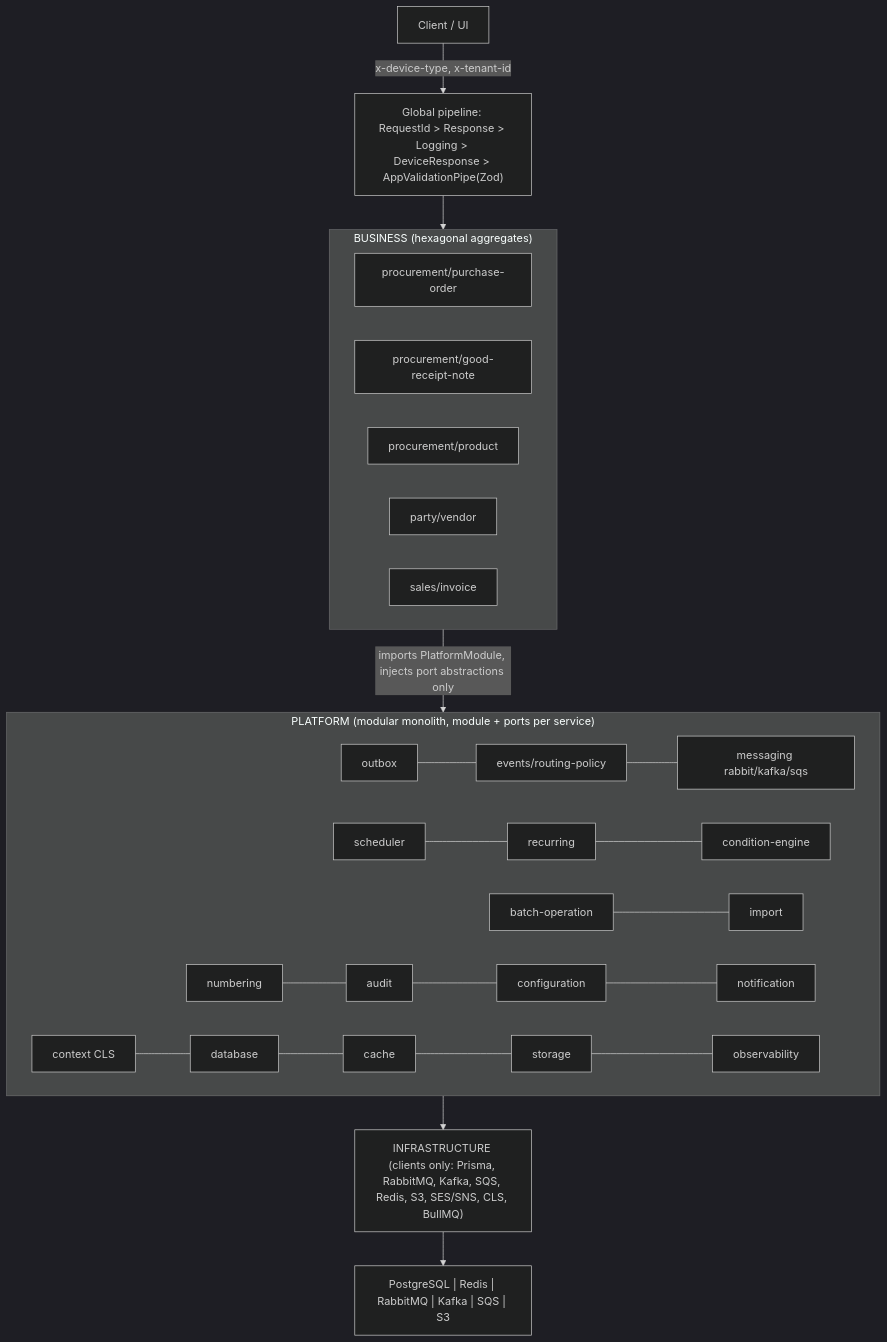
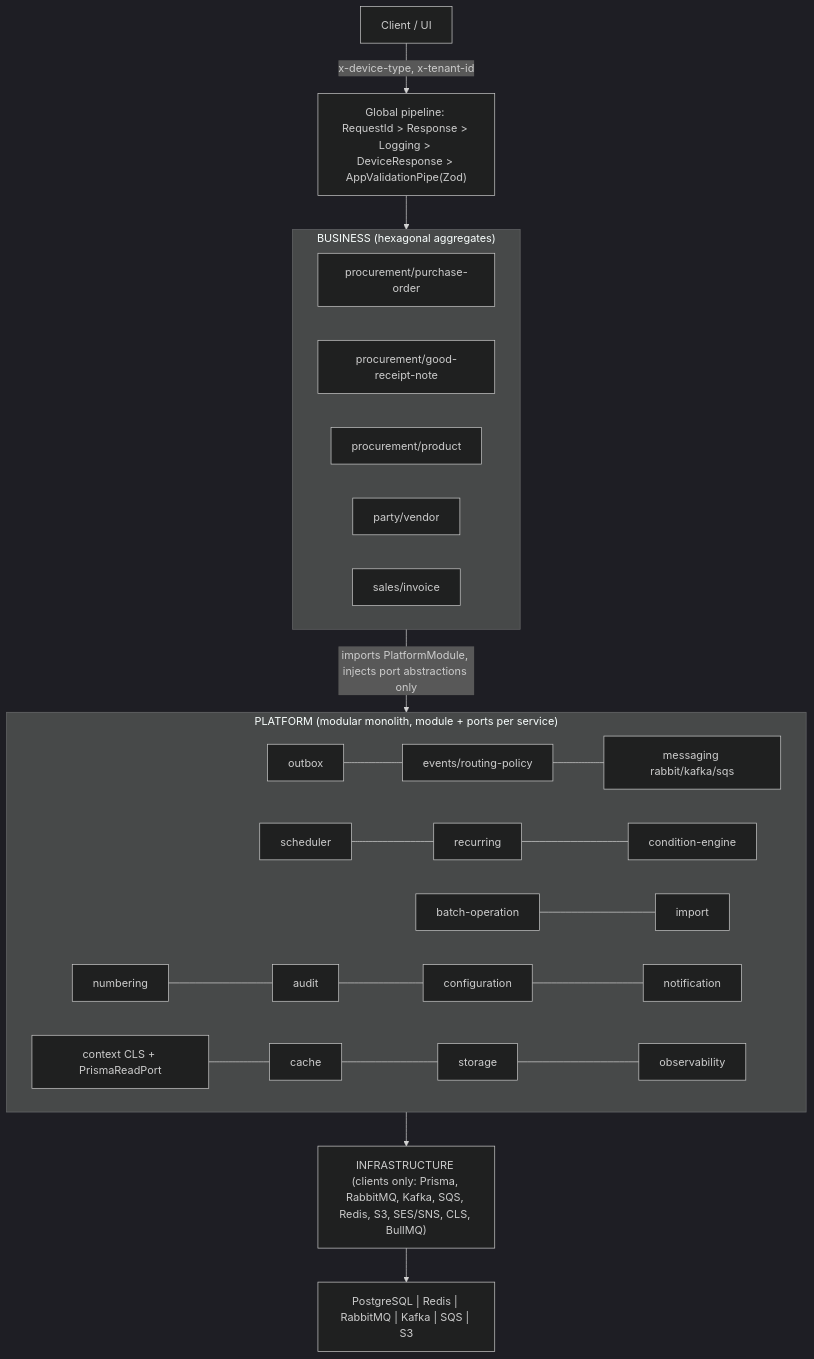
Before and after one commit to ashrafemon/ddd-boilerplate: the first of 3 diagrams in docs/FLOWCHARTS.md, drawn with Mermaid (dark theme). The commit also changed other lines of this file and 6 other files, not shown here.

First line of the commit message:
docs(platform): number lifecycle flows in service modules; sync architecture guides

````diff
--- a/docs/FLOWCHARTS.md
+++ b/docs/FLOWCHARTS.md
@@ -45,22 +45,22 @@
 ```mermaid
 flowchart TD
     UI[Client / UI] -->|x-device-type, x-tenant-id| GW["Global pipeline: RequestId > Response > Logging > DeviceResponse > AppValidationPipe(Zod)"]
     GW --> BIZ
     subgraph BIZ["BUSINESS (hexagonal aggregates)"]
         PO["procurement/purchase-order"]
         GRN[procurement/good-receipt-note]
         PROD[procurement/product]
         VEN[party/vendor]
         INV[sales/invoice]
     end
     BIZ -->|imports PlatformModule, injects port abstractions only| PLAT
     subgraph PLAT["PLATFORM (modular monolith, module + ports per service)"]
         OUTB[outbox] --- EV[events/routing-policy] --- MSG[messaging rabbit/kafka/sqs]
         SCH[scheduler] --- REC[recurring] --- COND[condition-engine]
         BATCH[batch-operation] --- IMP[import]
         NUM[numbering] --- AUD[audit] --- CFG[configuration] --- NOTIF[notification]
-        CTX[context CLS] --- DB[database] --- CACHE[cache] --- STORAGE[storage] --- OBS[observability]
+        CTX[context CLS + PrismaReadPort] --- CACHE[cache] --- STORAGE[storage] --- OBS[observability]
     end
     PLAT --> INFRA["INFRASTRUCTURE (clients only: Prisma, RabbitMQ, Kafka, SQS, Redis, S3, SES/SNS, CLS, BullMQ)"]
     INFRA --> EXT["PostgreSQL | Redis | RabbitMQ | Kafka | SQS | S3"]
 ```
````
